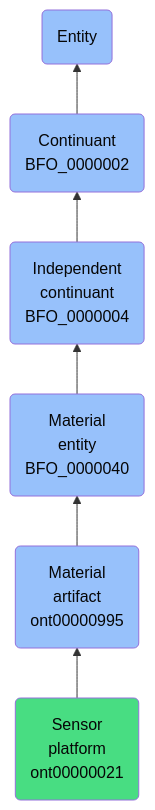
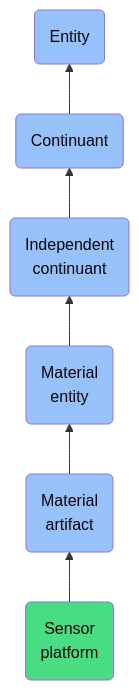
The diagram in docs/ontology/reference/model/Entity/Continuant/Independent continuant/Material entity/Material artifact/Sensor platform/Sensor platform.md (jupyter-naas/abi), drawn with Mermaid before and after one commit. The commit also changed other lines of this file and 1430 other files, not shown here.

````diff
--- a/docs/ontology/reference/model/Entity/Continuant/Independent continuant/Material entity/Material artifact/Sensor platform/Sensor platform.md
+++ b/docs/ontology/reference/model/Entity/Continuant/Independent continuant/Material entity/Material artifact/Sensor platform/Sensor platform.md
@@ -24,13 +24,13 @@
 ```mermaid
 graph BT
-    ont00000021(Sensor<br>platform<br>ont00000021):::ABI-->ont00000995
-    ont00000995(Material<br>artifact<br>ont00000995):::BFO-->BFO_0000040
-    BFO_0000040(Material<br>entity<br>BFO_0000040):::BFO-->BFO_0000004
-    BFO_0000004(Independent<br>continuant<br>BFO_0000004):::BFO-->BFO_0000002
-    BFO_0000002(Continuant<br>BFO_0000002):::BFO-->BFO_0000001
+    ont00000021(Sensor<br>platform):::ABI-->ont00000995
+    ont00000995(Material<br>artifact):::BFO-->BFO_0000040
+    BFO_0000040(Material<br>entity):::BFO-->BFO_0000004
+    BFO_0000004(Independent<br>continuant):::BFO-->BFO_0000002
+    BFO_0000002(Continuant):::BFO-->BFO_0000001
     BFO_0000001(Entity):::BFO
     
     classDef BFO fill:#97c1fb,color:#060606
     classDef CCO fill:#e4c51e,color:#060606
     classDef ABI fill:#48DD82,color:#060606
 ```
````
